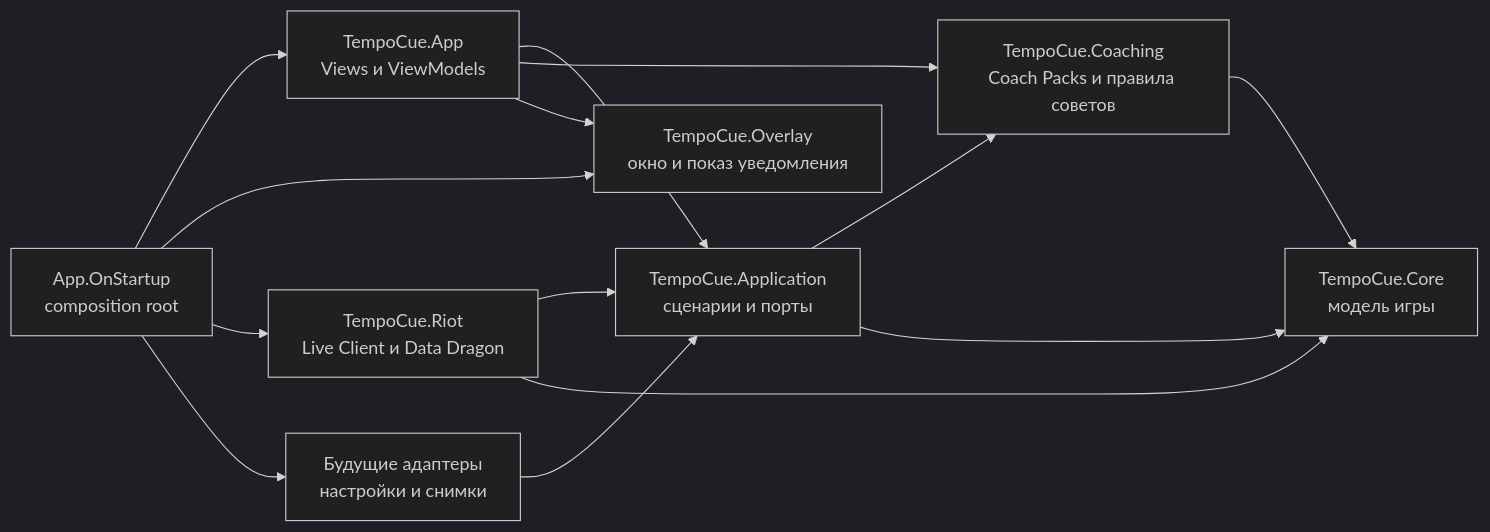
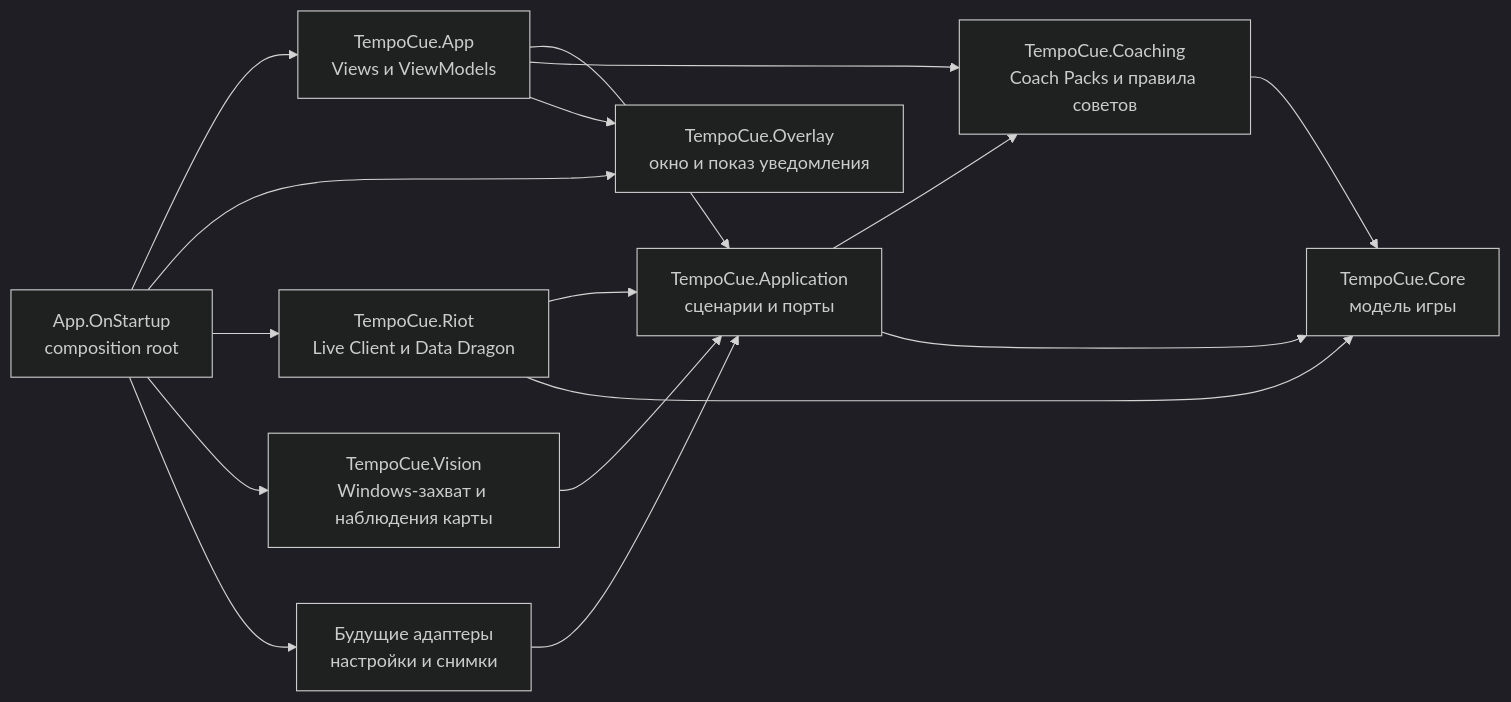
One commit to Deokti/TempoCue changed the diagram in docs/architecture.md. Above: the diagram before and after it, drawn with Mermaid (dark theme). The commit also changed other lines of this file and 29 other files, not shown here.

First line of the commit message:
feat(vision): добавить диагностический захват окна League

````diff
--- a/docs/architecture.md
+++ b/docs/architecture.md
@@ -94,16 +97,18 @@
 ```mermaid
 flowchart LR
     View["TempoCue.App<br/>Views и ViewModels"] --> Application["TempoCue.Application<br/>сценарии и порты"]
     View --> Coaching["TempoCue.Coaching<br/>Coach Packs и правила советов"]
     View --> Overlay["TempoCue.Overlay<br/>окно и показ уведомления"]
     Application --> Coaching
     Application --> Core["TempoCue.Core<br/>модель игры"]
     Coaching --> Core
     Riot["TempoCue.Riot<br/>Live Client и Data Dragon"] --> Application
     Riot --> Core
+    Vision["TempoCue.Vision<br/>Windows-захват и наблюдения карты"] --> Application
     Persistence["Будущие адаптеры<br/>настройки и снимки"] --> Application
     Composition["App.OnStartup<br/>composition root"] --> View
     Composition --> Overlay
     Composition --> Riot
+    Composition --> Vision
     Composition --> Persistence
 ```
````
